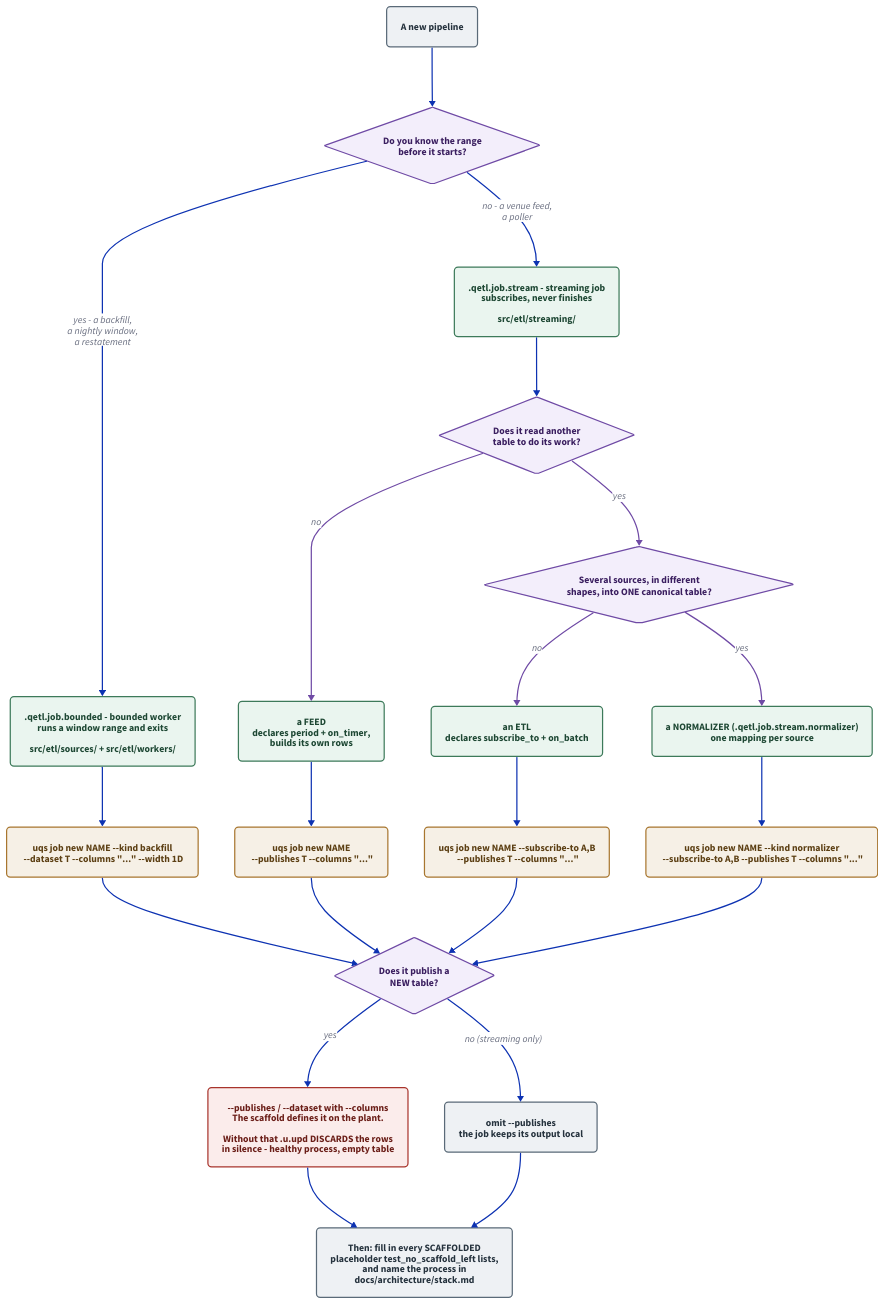
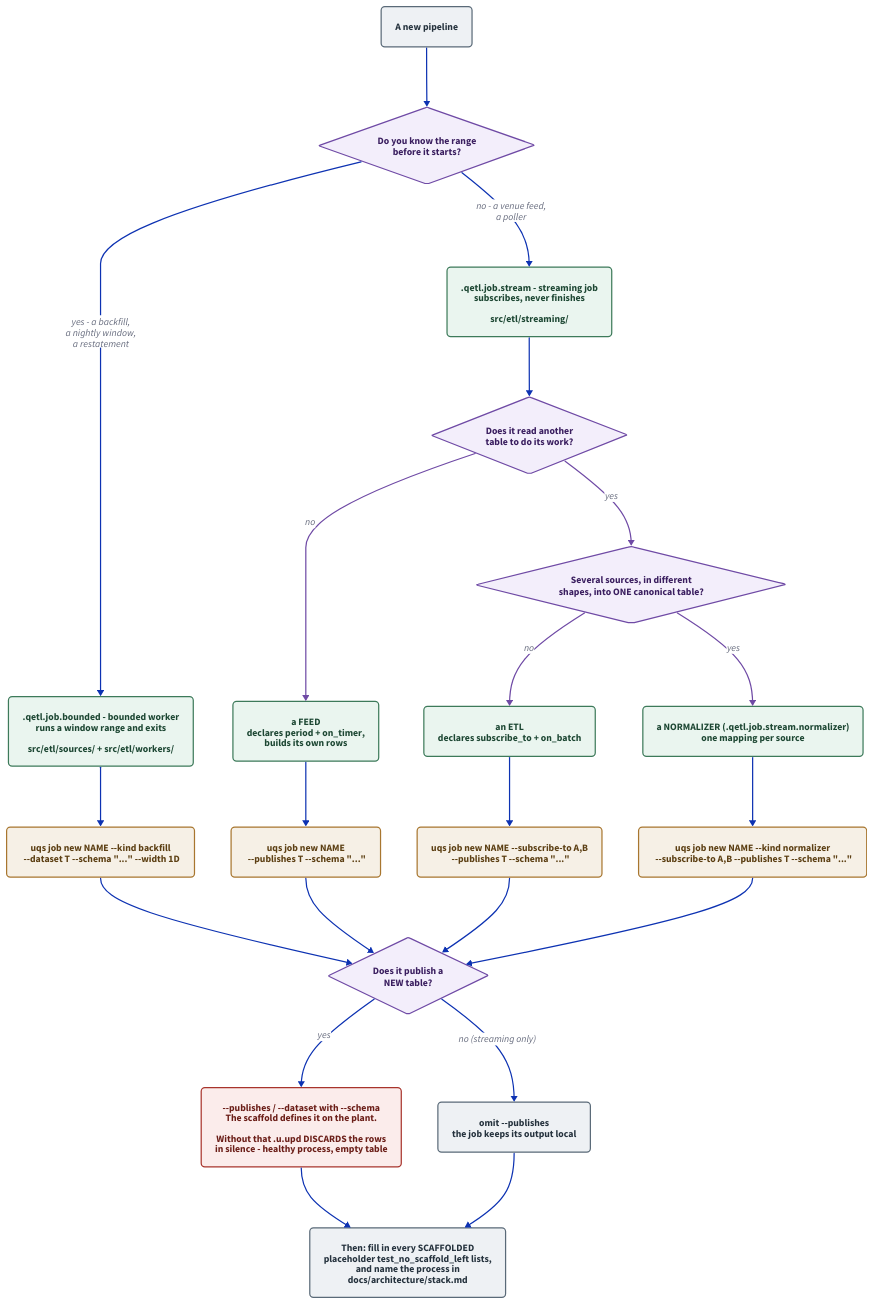
The diagram in docs/diagrams/pipeline-decision.d2 (kwojdalski/uqf), drawn with D2 before and after one commit. The commit also changed 69 other files, not shown here.

First line of the commit message:
uqs CLI: one meaning per option name - the non-deploy clashes of #1739

```diff
--- a/docs/diagrams/pipeline-decision.d2
+++ b/docs/diagrams/pipeline-decision.d2
@@ -1,126 +1,126 @@
 # pipeline-decision.d2 - which pipeline shape to build, and the command that
 # scaffolds it.
 #
 # Rendered by scripts/generate/render_diagrams.py, which CI runs with
 # --check. Embedded from docs/guides/new-pipeline.md.
 #
 # THE DECISION THIS DRAWS is the first one, and the guide says it is "the only
 # structural mistake here that is expensive to undo": bounded or continuous.
 # Everything after it is a flag on one command. That asymmetry is the point of
 # the drawing - a reader who expects a long decision tree should be able to see
 # in one glance that there are four questions, not thirty, and that only the
 # first one is hard to change later.
 #
 # The kinds are DERIVED, not asked for: a streaming job that subscribes to
 # nothing is a feed, one that subscribes is an etl. scaffold/jobs.py comments
 # that there is no third answer the caller could give which the edges do not
 # already imply. A NORMALIZER is the one kind named outright (--kind
 # normalizer): its edges look like an etl's, and what differs is its purpose -
 # several differently-shaped tables in, one canonical shape out - so the diagram shows `--subscribe-to` deciding it rather than a
 # `--kind feed` that does not exist.
 #
 # What is deliberately NOT here: the transform, the check, the io manager and
 # the partition. Those are declarations you write inside the file the scaffold
 # gives you, not choices about which file to make, and putting them on a
 # decision tree would say they are alternatives when they are ingredients.
 
 direction: down
 
 vars: {
   d2-config: {
     pad: 40
   }
 }
 
 classes: {
   question: {
     shape: diamond
     style: {
       fill: "#f3eefb"
       stroke: "#6f4aa5"
       font-color: "#3a1e5f"
     }
   }
   shell: {
     style: {
       fill: "#eaf5ef"
       stroke: "#3d7a5a"
       font-color: "#1d4733"
       border-radius: 6
     }
   }
   command: {
     style: {
       fill: "#f6f0e6"
       stroke: "#a8762f"
       font-color: "#5c3f13"
       border-radius: 6
     }
   }
   outcome: {
     style: {
       fill: "#eef1f4"
       stroke: "#5a6a78"
       font-color: "#25323d"
       border-radius: 6
     }
   }
   warn: {
     style: {
       fill: "#fbeceb"
       stroke: "#a8342c"
       font-color: "#6b1e18"
       border-radius: 6
     }
   }
 }
 
 start: "A new pipeline" { class: outcome }
 
 q1: "Do you know the range\nbefore it starts?" { class: question }
 
 bounded: ".qetl.job.bounded - bounded worker\nruns a window range and exits\n\nsrc/etl/sources/ + src/etl/workers/" { class: shell }
 cont: ".qetl.job.stream - streaming job\nsubscribes, never finishes\n\nsrc/etl/streaming/" { class: shell }
 
 q2: "Does it read another\ntable to do its work?" { class: question }
 feed: "a FEED\ndeclares period + on_timer,\nbuilds its own rows" { class: shell }
 etl: "an ETL\ndeclares subscribe_to + on_batch" { class: shell }
 q2b: "Several sources, in different\nshapes, into ONE canonical table?" { class: question }
 normalizer: "a NORMALIZER (.qetl.job.stream.normalizer)\none mapping per source" { class: shell }
-cmd_n: "uqs job new NAME --kind normalizer\n  --subscribe-to A,B --publishes T --columns \"...\"" { class: command }
+cmd_n: "uqs job new NAME --kind normalizer\n  --subscribe-to A,B --publishes T --schema \"...\"" { class: command }
 
-cmd_b: "uqs job new NAME --kind backfill\n  --dataset T --columns \"...\" --width 1D" { class: command }
-cmd_f: "uqs job new NAME\n  --publishes T --columns \"...\"" { class: command }
-cmd_e: "uqs job new NAME --subscribe-to A,B\n  --publishes T --columns \"...\"" { class: command }
+cmd_b: "uqs job new NAME --kind backfill\n  --dataset T --schema \"...\" --width 1D" { class: command }
+cmd_f: "uqs job new NAME\n  --publishes T --schema \"...\"" { class: command }
+cmd_e: "uqs job new NAME --subscribe-to A,B\n  --publishes T --schema \"...\"" { class: command }
 
 q3: "Does it publish a\nNEW table?" { class: question }
-newtable: "--publishes / --dataset with --columns\nThe scaffold defines it on the plant.\n\nWithout that .u.upd DISCARDS the rows\nin silence - healthy process, empty table" { class: warn }
+newtable: "--publishes / --dataset with --schema\nThe scaffold defines it on the plant.\n\nWithout that .u.upd DISCARDS the rows\nin silence - healthy process, empty table" { class: warn }
 localonly: "omit --publishes\nthe job keeps its output local" { class: outcome }
 
 done: "Then: fill in every SCAFFOLDED\nplaceholder test_no_scaffold_left lists,\nand name the process in\ndocs/architecture/stack.md" { class: outcome }
 
 start -> q1
 q1 -> bounded: "yes - a backfill,\na nightly window,\na restatement"
 q1 -> cont: "no - a venue feed,\na poller"
 
 cont -> q2
 q2 -> feed: "no" { style.stroke: "#6f4aa5" }
 q2 -> q2b: "yes" { style.stroke: "#6f4aa5" }
 q2b -> etl: "no" { style.stroke: "#6f4aa5" }
 q2b -> normalizer: "yes" { style.stroke: "#6f4aa5" }
 
 bounded -> cmd_b
 feed -> cmd_f
 etl -> cmd_e
 normalizer -> cmd_n
 
 cmd_b -> q3
 cmd_f -> q3
 cmd_e -> q3
 cmd_n -> q3
 
 q3 -> newtable: "yes"
 q3 -> localonly: "no (streaming only)"
 
 newtable -> done
 localonly -> done
```
